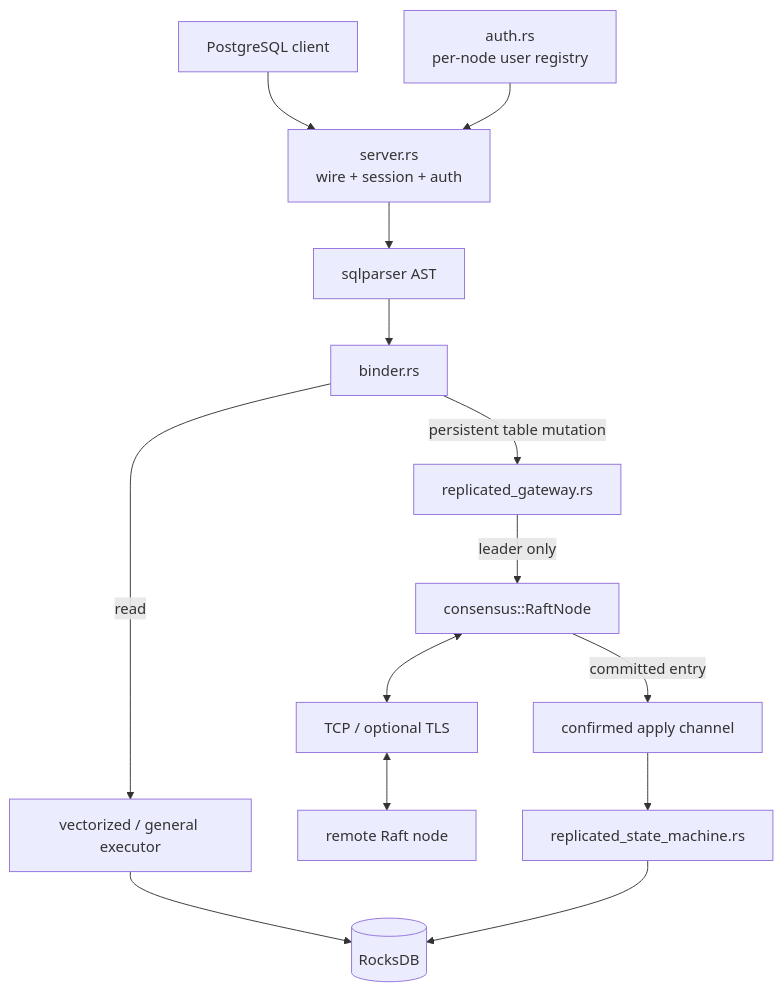
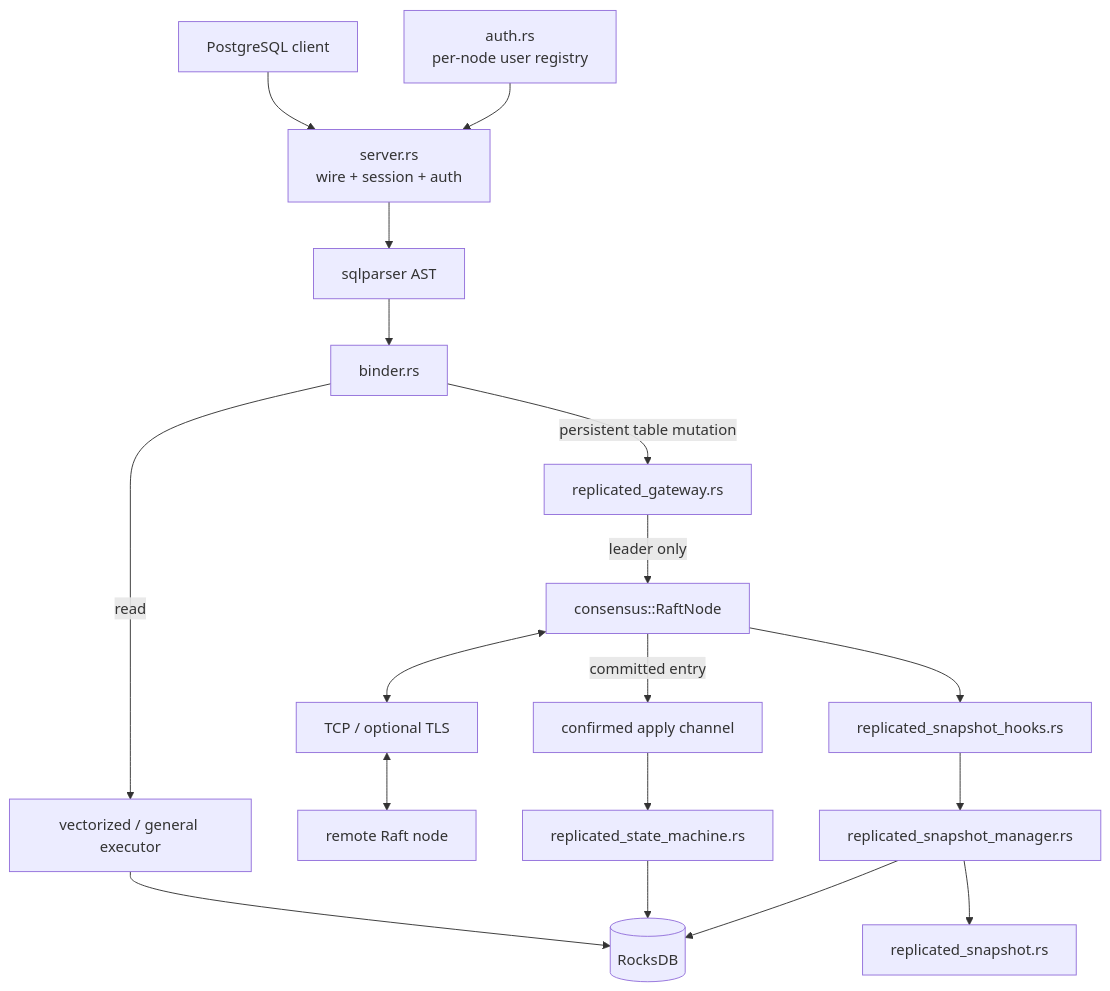
One commit to SaridakisStamatisChristos/Neuralbase changed the diagram in docs/ARCHITECTURE.md. Above: the diagram before and after it, drawn with Mermaid. The commit also changed other lines of this file and 13 other files, not shown here.

````diff
--- a/docs/ARCHITECTURE.md
+++ b/docs/ARCHITECTURE.md
@@ -17,19 +19,24 @@
 ```mermaid
 flowchart TD
     PSQL[PostgreSQL client] --> Server[server.rs\nwire + session + auth]
     Server --> Parser[sqlparser AST]
     Parser --> Binder[binder.rs]
 
     Binder -->|read| Query[vectorized / general executor]
     Query --> Rocks[(RocksDB)]
 
     Binder -->|persistent table mutation| Gateway[replicated_gateway.rs]
     Gateway -->|leader only| Raft[consensus::RaftNode]
     Raft <--> Transport[TCP / optional TLS]
     Transport <--> Peer[remote Raft node]
     Raft -->|committed entry| Apply[confirmed apply channel]
     Apply --> SM[replicated_state_machine.rs]
     SM --> Rocks
 
+    Raft --> SnapshotHooks[replicated_snapshot_hooks.rs]
+    SnapshotHooks --> SnapshotMgr[replicated_snapshot_manager.rs]
+    SnapshotMgr --> SnapshotCodec[replicated_snapshot.rs]
+    SnapshotMgr --> Rocks
+
     Auth[auth.rs\nper-node user registry] --> Server
 ```
````
